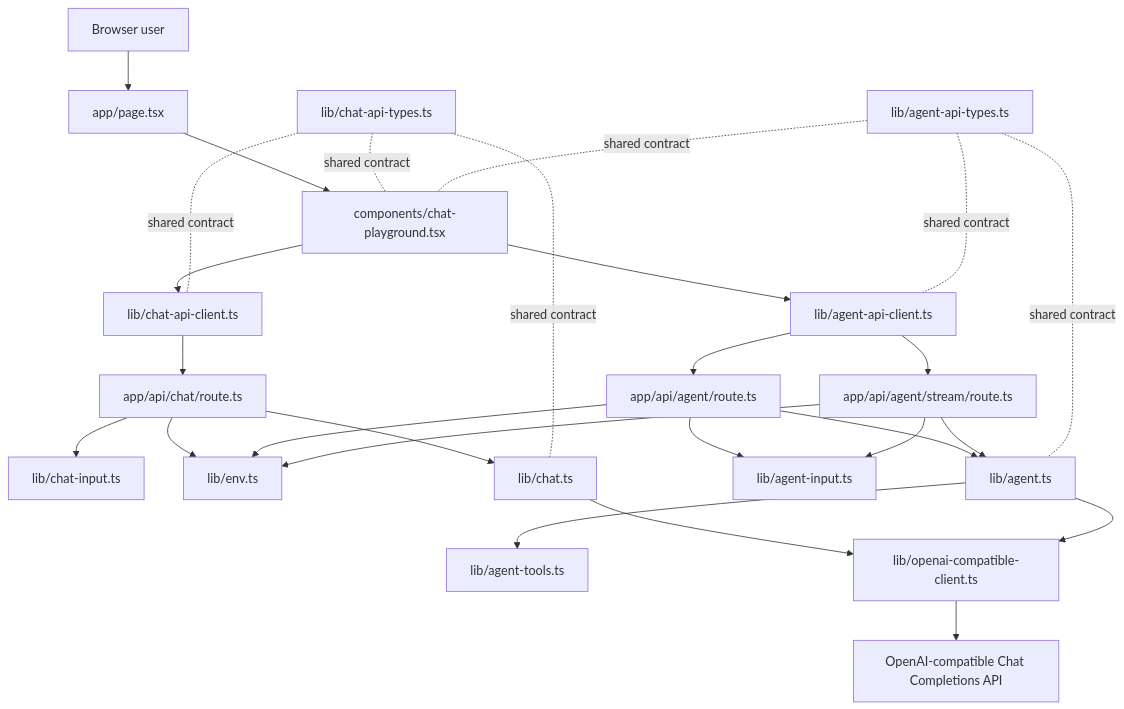
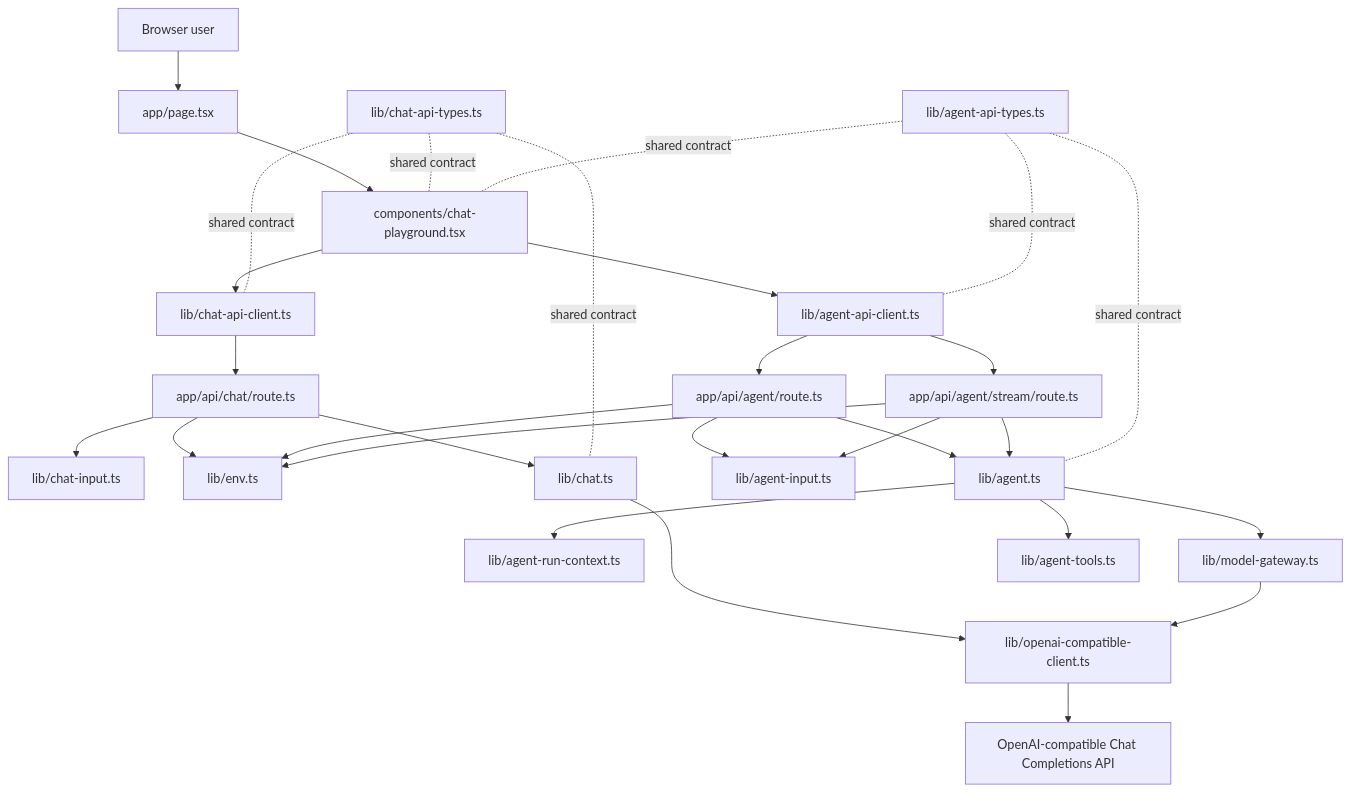
One commit to Liang-HZ/inspectable-agent-harness changed the first of 3 diagrams in docs/architecture.md. Above: the diagram before and after it, drawn with Mermaid. The commit also changed other lines of this file and 8 other files, not shown here.

````diff
--- a/docs/architecture.md
+++ b/docs/architecture.md
@@ -21,33 +21,35 @@
 ```mermaid
 flowchart TD
   User[Browser user] --> Page[app/page.tsx]
   Page --> Playground[components/chat-playground.tsx]
   Playground --> BrowserClient[lib/chat-api-client.ts]
   Playground --> AgentBrowserClient[lib/agent-api-client.ts]
   BrowserClient --> ChatRoute[app/api/chat/route.ts]
   AgentBrowserClient --> AgentRoute[app/api/agent/route.ts]
   AgentBrowserClient --> AgentStreamRoute[app/api/agent/stream/route.ts]
 
   ChatRoute --> ChatInput[lib/chat-input.ts]
   ChatRoute --> Env[lib/env.ts]
   ChatRoute --> ChatService[lib/chat.ts]
 
   AgentRoute --> AgentInput[lib/agent-input.ts]
   AgentStreamRoute --> AgentInput
   AgentRoute --> Env
   AgentStreamRoute --> Env
   AgentRoute --> AgentService[lib/agent.ts]
   AgentStreamRoute --> AgentService
+  AgentService --> AgentRunContext[lib/agent-run-context.ts]
+  AgentService --> ModelGateway[lib/model-gateway.ts]
   AgentService --> AgentTools[lib/agent-tools.ts]
 
   ChatService --> OpenAIClient[lib/openai-compatible-client.ts]
-  AgentService --> OpenAIClient
+  ModelGateway --> OpenAIClient
   OpenAIClient --> Provider[OpenAI-compatible Chat Completions API]
 
   SharedTypes[lib/chat-api-types.ts] -. shared contract .- Playground
   SharedTypes -. shared contract .- BrowserClient
   SharedTypes -. shared contract .- ChatService
   AgentTypes[lib/agent-api-types.ts] -. shared contract .- Playground
   AgentTypes -. shared contract .- AgentBrowserClient
   AgentTypes -. shared contract .- AgentService
 ```
````
